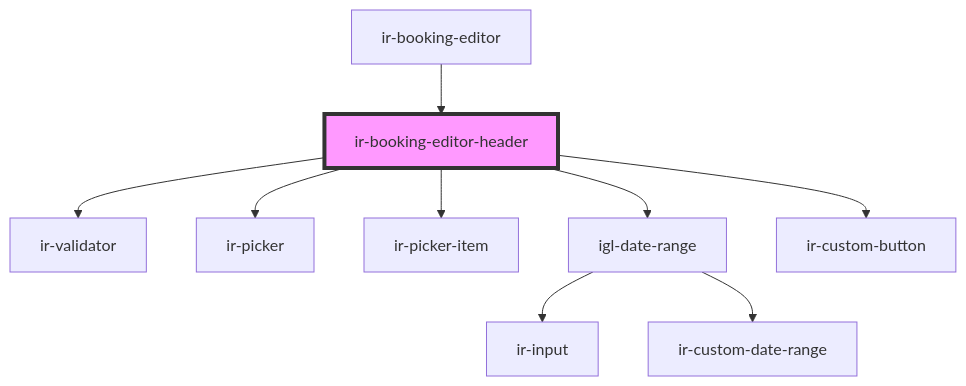
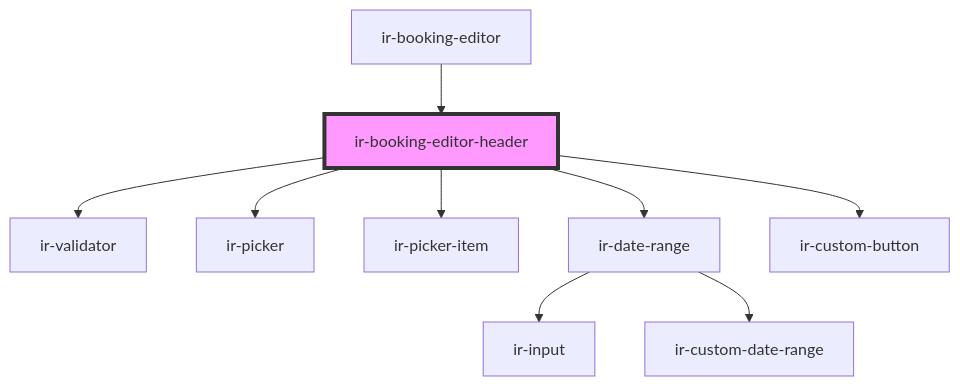
Before and after one commit to RonyRizk/ir-webcmp: the diagram in src/components/igloo-calendar/ir-booking-editor/ir-booking-editor-header/readme.md, drawn with Mermaid. The commit also changed other lines of this file and 586 other files, not shown here.

````diff
--- a/src/components/igloo-calendar/ir-booking-editor/ir-booking-editor-header/readme.md
+++ b/src/components/igloo-calendar/ir-booking-editor/ir-booking-editor-header/readme.md
@@ -43,12 +43,12 @@
 ```mermaid
 graph TD;
   ir-booking-editor-header --> ir-validator
   ir-booking-editor-header --> ir-picker
   ir-booking-editor-header --> ir-picker-item
-  ir-booking-editor-header --> igl-date-range
+  ir-booking-editor-header --> ir-date-range
   ir-booking-editor-header --> ir-custom-button
-  igl-date-range --> ir-input
-  igl-date-range --> ir-custom-date-range
+  ir-date-range --> ir-input
+  ir-date-range --> ir-custom-date-range
   ir-booking-editor --> ir-booking-editor-header
   style ir-booking-editor-header fill:#f9f,stroke:#333,stroke-width:4px
 ```
````
